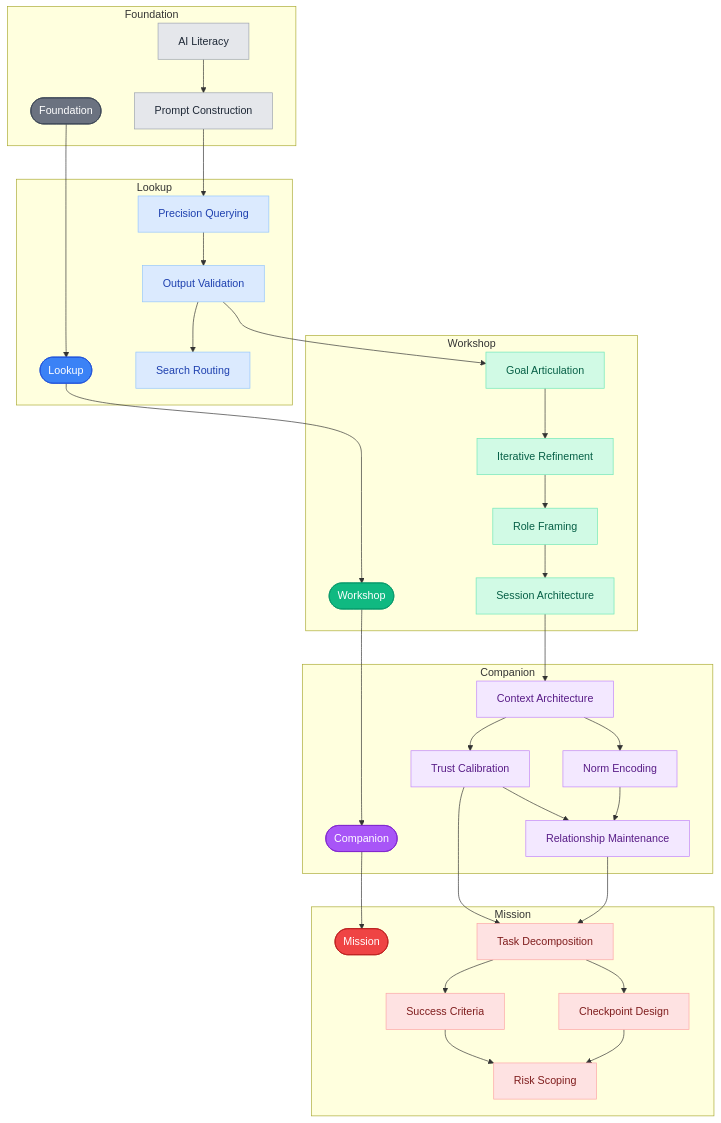
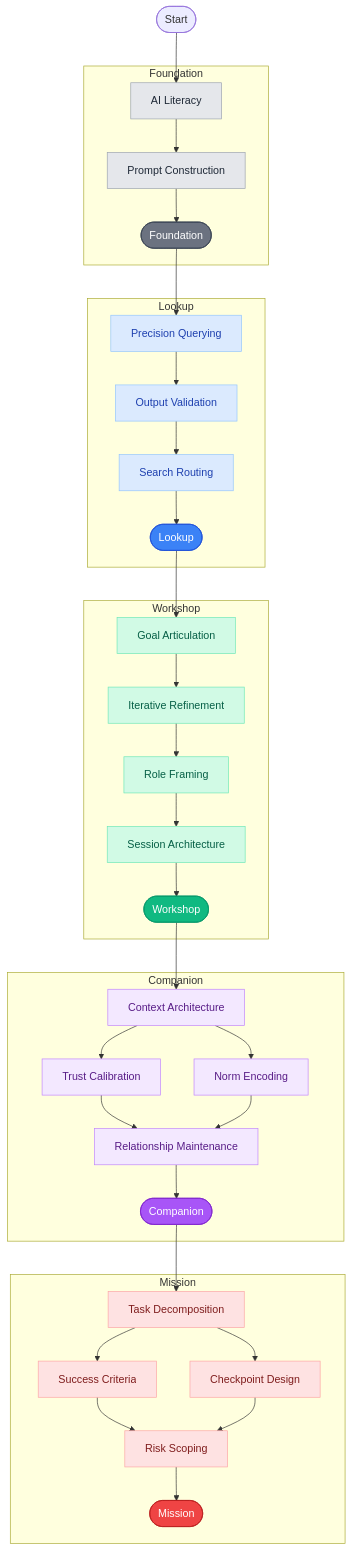
The diagram in content/posts/ai-collaboration-skill-tree.md (heichblatt/heichblatt.github.io), drawn with Mermaid before and after one commit.

Commit message:
Restructure skill tree: skills precede their mode node
Progression now reads: Start → skills → mode unlock → next skills →
next mode. Each mode (stadium node) sits at the bottom of its subgraph,
reached only after mastering all skills in that tier.

https://claude.ai/code/session_01EQh36T6ADDpiw64icHBoJM

````diff
--- a/content/posts/ai-collaboration-skill-tree.md
+++ b/content/posts/ai-collaboration-skill-tree.md
@@ -17,62 +17,62 @@
 ```mermaid
 graph TD
+    START(["Start"])
+
     subgraph Foundation
-        F_MODE(["Foundation"]):::foundation_mode
         F1[AI Literacy] --> F2[Prompt Construction]
+        F2 --> F_MODE(["Foundation"]):::foundation_mode
     end
 
     subgraph Lookup
-        L_MODE(["Lookup"]):::lookup_mode
         L1[Precision Querying] --> L2[Output Validation]
         L2 --> L3[Search Routing]
+        L3 --> L_MODE(["Lookup"]):::lookup_mode
     end
 
     subgraph Workshop
-        W_MODE(["Workshop"]):::workshop_mode
         W1[Goal Articulation] --> W2[Iterative Refinement]
         W2 --> W3[Role Framing]
         W3 --> W4[Session Architecture]
+        W4 --> W_MODE(["Workshop"]):::workshop_mode
     end
 
     subgraph Companion
-        C_MODE(["Companion"]):::companion_mode
         C1[Context Architecture] --> C2[Trust Calibration]
         C1 --> C3[Norm Encoding]
         C2 --> C4[Relationship Maintenance]
         C3 --> C4
+        C4 --> C_MODE(["Companion"]):::companion_mode
     end
 
     subgraph Mission
-        M_MODE(["Mission"]):::mission_mode
         M1[Task Decomposition] --> M2[Success Criteria]
         M1 --> M3[Checkpoint Design]
         M2 --> M4[Risk Scoping]
         M3 --> M4
+        M4 --> M_MODE(["Mission"]):::mission_mode
     end
 
-    F_MODE --> L_MODE --> W_MODE --> C_MODE --> M_MODE
-
-    F2 --> L1
-    L2 --> W1
-    W4 --> C1
-    C2 --> M1
-    C4 --> M1
+    START --> F1
+    F_MODE --> L1
+    L_MODE --> W1
+    W_MODE --> C1
+    C_MODE --> M1
 
     classDef foundation fill:#e5e7eb,color:#1f2937,stroke:#9ca3af
     classDef lookup fill:#dbeafe,color:#1e40af,stroke:#93c5fd
     classDef workshop fill:#d1fae5,color:#065f46,stroke:#6ee7b7
     classDef companion fill:#f3e8ff,color:#581c87,stroke:#c084fc
     classDef mission fill:#fee2e2,color:#7f1d1d,stroke:#fca5a5
 
     classDef foundation_mode fill:#6b7280,color:#fff,stroke:#374151
     classDef lookup_mode fill:#3b82f6,color:#fff,stroke:#1d4ed8
     classDef workshop_mode fill:#10b981,color:#fff,stroke:#059669
     classDef companion_mode fill:#a855f7,color:#fff,stroke:#7e22ce
     classDef mission_mode fill:#ef4444,color:#fff,stroke:#b91c1c
 
     class F1,F2 foundation
     class L1,L2,L3 lookup
     class W1,W2,W3,W4 workshop
     class C1,C2,C3,C4 companion
     class M1,M2,M3,M4 mission
 ```
````
